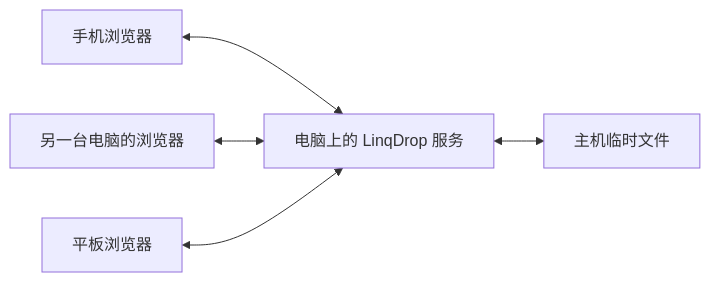
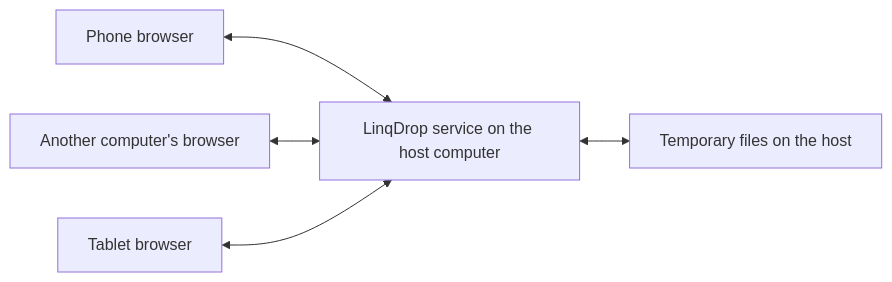
Before and after one commit to yafeiya/LinqDrop: the diagram in README.md, drawn with Mermaid. The commit also changed other lines of this file and 1 other file, not shown here.

````diff
--- a/README.md
+++ b/README.md
@@ -102,7 +102,7 @@
 ```mermaid
 flowchart LR
-    phone[手机浏览器] <--> hub[电脑上的 LinqDrop 服务]
-    computer[另一台电脑的浏览器] <--> hub
-    tablet[平板浏览器] <--> hub
-    hub <--> storage[主机临时文件]
+    phone[Phone browser] <--> hub[LinqDrop service on the host computer]
+    computer[Another computer's browser] <--> hub
+    tablet[Tablet browser] <--> hub
+    hub <--> storage[Temporary files on the host]
 ```
````
